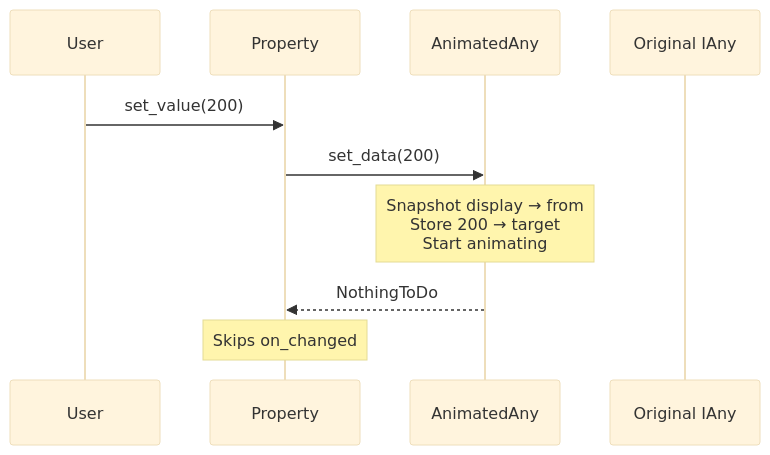
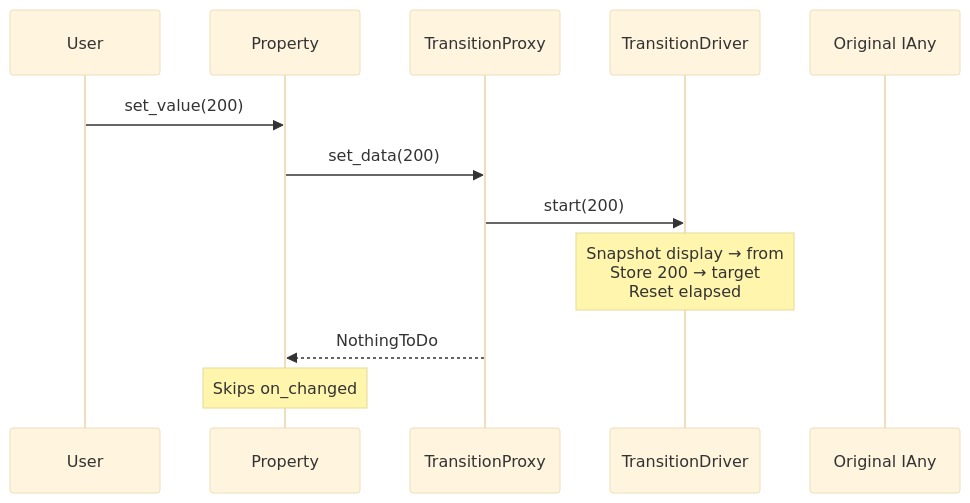
One commit to ljaaskela/velk changed the fourth of 5 diagrams in docs/plugins/animator.md. Above: the diagram before and after it, drawn with Mermaid (base theme). The commit also changed other lines of this file and 21 other files, not shown here.

````diff
--- a/docs/plugins/animator.md
+++ b/docs/plugins/animator.md
@@ -355,13 +430,15 @@
 ```mermaid
 sequenceDiagram
     participant User
     participant Property
-    participant AnimatedAny
+    participant Proxy as TransitionProxy
+    participant Driver as TransitionDriver
     participant Inner as Original IAny
 
     User->>Property: set_value(200)
-    Property->>AnimatedAny: set_data(200)
-    Note over AnimatedAny: Snapshot display → from<br/>Store 200 → target<br/>Start animating
-    AnimatedAny-->>Property: NothingToDo
+    Property->>Proxy: set_data(200)
+    Proxy->>Driver: start(200)
+    Note over Driver: Snapshot display → from<br/>Store 200 → target<br/>Reset elapsed
+    Proxy-->>Property: NothingToDo
     Note over Property: Skips on_changed
 ```
````
